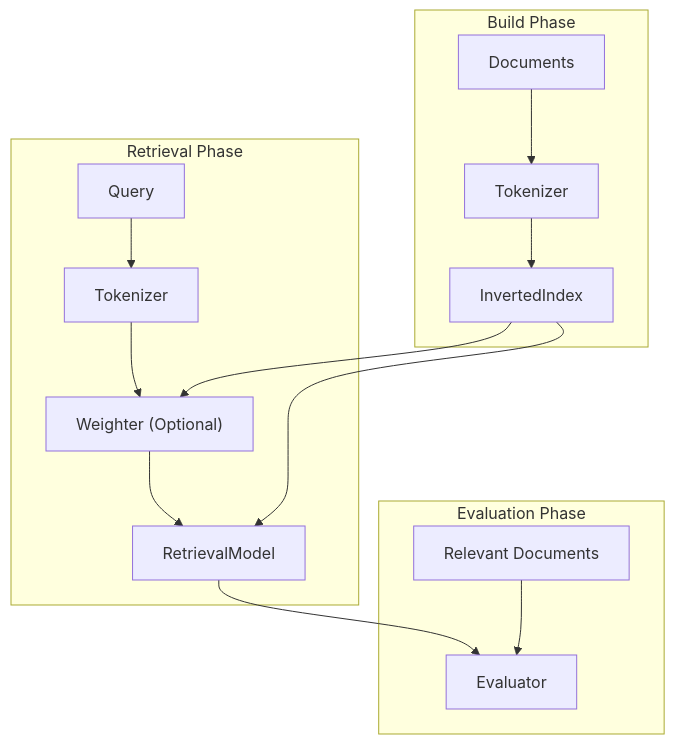
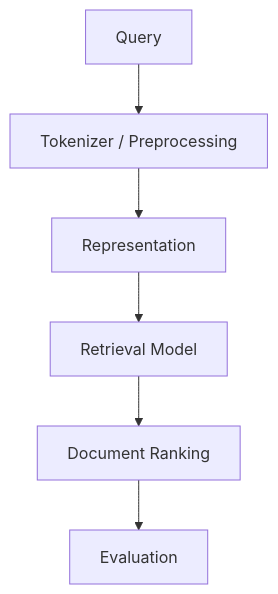
One commit to 2j2h5/NLP-IR-team-project changed the diagram in README.md. Above: the diagram before and after it, drawn with Mermaid. The commit also changed other lines of this file and 3 other files, not shown here.

````diff
--- a/README.md
+++ b/README.md
@@ -254,32 +247,16 @@
 ```mermaid
 flowchart TD
-    subgraph Build_Phase["Build Phase"]
-        docs["Documents"]
-        tokenizer1["Tokenizer"]
-        index["InvertedIndex"]
 
-        docs --> tokenizer1
-        tokenizer1 --> index
-    end
+    Query["Query"]
+    Preprocess["Tokenizer / Preprocessing"]
+    Representation["Representation"]
+    Retrieval["Retrieval Model"]
+    Ranking["Document Ranking"]
+    Evaluation["Evaluation"]
 
-    subgraph Retrieval_Phase["Retrieval Phase"]
-        query["Query"]
-        tokenizer2["Tokenizer"]
-        weighter["Weighter (Optional)"]
-        model["RetrievalModel"]
-
-        query --> tokenizer2
-        tokenizer2 --> weighter
-        index --> weighter
-        weighter --> model
-        index --> model
-    end
-
-    subgraph Evaluation_Phase["Evaluation Phase"]
-        relevance["Relevant Documents"]
-        evaluator["Evaluator"]
-
-        model --> evaluator
-        relevance --> evaluator
-    end
+    Query --> Preprocess
+    Preprocess --> Representation
+    Representation --> Retrieval
+    Retrieval --> Ranking
+    Ranking --> Evaluation
 ```
````
